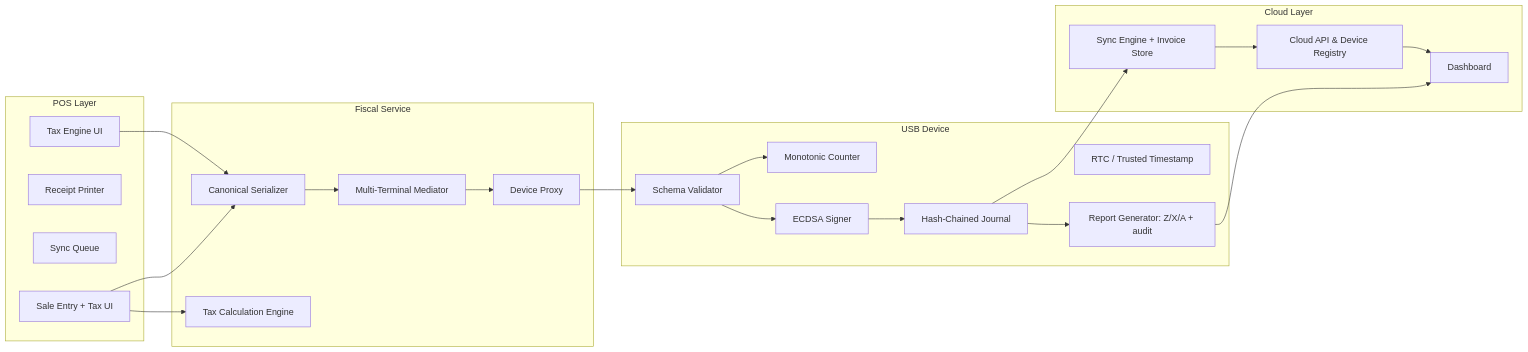
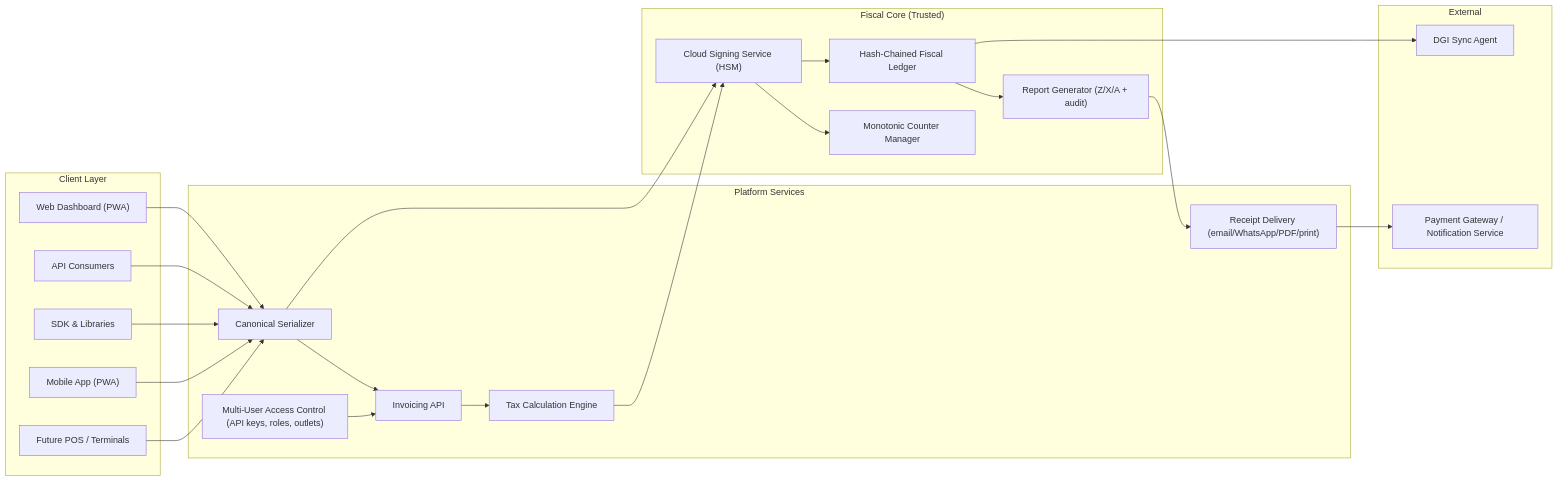
The third of 3 diagrams in design/docs/architecture/overview.md (kupapay/docs), drawn with Mermaid before and after one commit. The commit also changed other lines of this file and 3 other files, not shown here.

````diff
--- a/design/docs/architecture/overview.md
+++ b/design/docs/architecture/overview.md
@@ -57,43 +68,44 @@
 ```mermaid
 graph LR
-    subgraph POS Layer
-        SaleEntry[Sale Entry + Tax UI]
-        ReceiptPrinter[Receipt Printer]
-        SyncQueue[Sync Queue]
-        TaxUI[Tax Engine UI]
+    subgraph "Client Layer"
+        Dashboard["Web Dashboard (PWA)"]
+        APICl["API Consumers"]
+        SDKs["SDK & Libraries"]
+        Mobile["Mobile App (PWA)"]
+        FuturePOS["Future POS / Terminals"]
     end
-    subgraph Fiscal Service
-        CanonicalSerializer[Canonical Serializer]
-        MultiTermMediator[Multi-Terminal Mediator]
-        DeviceProxy[Device Proxy]
-        TaxCalculation[Tax Calculation Engine]
+    subgraph "Platform Services"
+        Canonical["Canonical Serializer"]
+        Invoicing["Invoicing API"]
+        TaxEngine["Tax Calculation Engine"]
+        MultiAccess["Multi-User Access Control (API keys, roles, outlets)"]
+        Delivery["Receipt Delivery (email/WhatsApp/PDF/print)"]
     end
-    subgraph USB Device
-        SchemaValidator[Schema Validator]
-        MonotonicCounter[Monotonic Counter]
-        Signer[ECDSA Signer]
-        HashJournal[Hash-Chained Journal]
-        RTC["RTC / Trusted Timestamp"]
-        ReportGen["Report Generator: Z/X/A + audit"]
+    subgraph "Fiscal Core (Trusted)"
+        Signer["Cloud Signing Service (HSM)"]
+        Counter["Monotonic Counter Manager"]
+        Ledger["Hash-Chained Fiscal Ledger"]
+        Reports["Report Generator (Z/X/A + audit)"]
     end
-    subgraph Cloud Layer
-        CloudAPI[Cloud API & Device Registry]
-        SyncEngine[Sync Engine + Invoice Store]
-        Dashboard[Dashboard]
+    subgraph "External"
+        SyncAgent["DGI Sync Agent"]
+        Payment["Payment Gateway / Notification Service"]
     end
 
-    SaleEntry --> TaxCalculation
-    SaleEntry --> CanonicalSerializer
-    TaxUI --> CanonicalSerializer
-    CanonicalSerializer --> MultiTermMediator
-    MultiTermMediator --> DeviceProxy
-    DeviceProxy --> SchemaValidator
-    SchemaValidator --> MonotonicCounter
-    SchemaValidator --> Signer
-    Signer --> HashJournal
-    HashJournal --> ReportGen
-    HashJournal --> SyncEngine
-    ReportGen --> Dashboard
-    SyncEngine --> CloudAPI
-    CloudAPI --> Dashboard
+    Dashboard --> Canonical
+    APICl --> Canonical
+    SDKs --> Canonical
+    Mobile --> Canonical
+    FuturePOS --> Canonical
+    Canonical --> Invoicing
+    MultiAccess --> Invoicing
+    Invoicing --> TaxEngine
+    TaxEngine --> Signer
+    Canonical --> Signer
+    Signer --> Counter
+    Signer --> Ledger
+    Ledger --> Reports
+    Reports --> Delivery
+    Delivery --> Payment
+    Ledger --> SyncAgent
 ```
````
